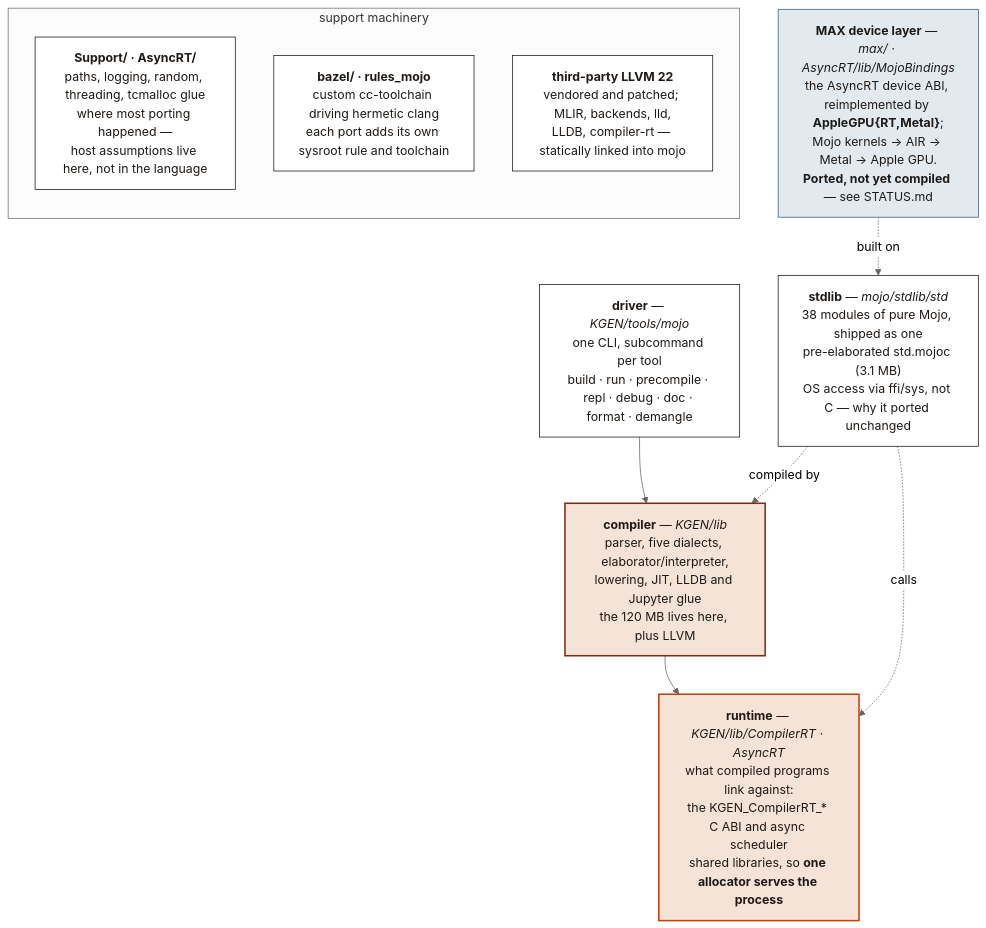
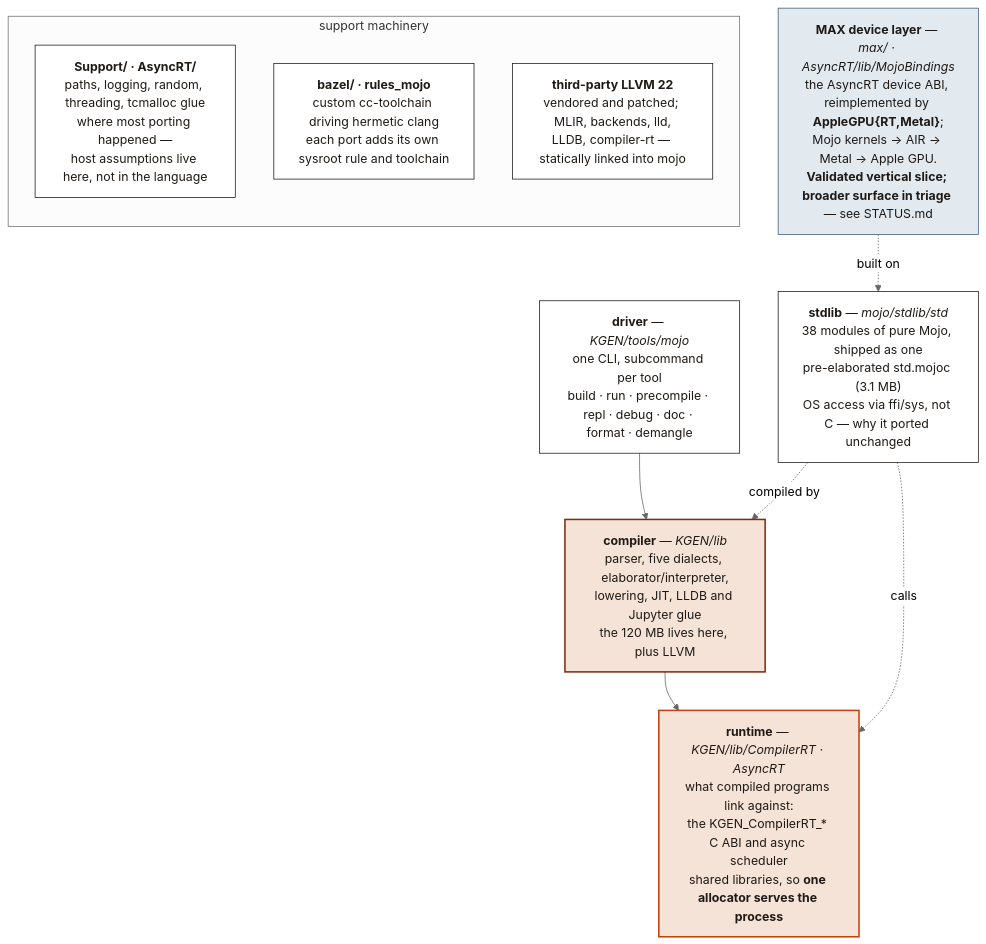
Before and after one commit to albanread/MojoCocoa: the second of 2 diagrams in README.md, drawn with Mermaid (neutral theme). The commit also changed other lines of this file and 8 other files, not shown here.

````diff
--- a/README.md
+++ b/README.md
@@ -313,30 +316,30 @@
 ```mermaid
 flowchart TB
     D["<b>driver</b> — <i>KGEN/tools/mojo</i><br/>one CLI, subcommand per tool<br/>build · run · precompile · repl · debug · doc · format · demangle"]
     C["<b>compiler</b> — <i>KGEN/lib</i><br/>parser, five dialects, elaborator/interpreter,<br/>lowering, JIT, LLDB and Jupyter glue<br/>the 120 MB lives here, plus LLVM"]
     RT["<b>runtime</b> — <i>KGEN/lib/CompilerRT · AsyncRT</i><br/>what compiled programs link against:<br/>the KGEN_CompilerRT_* C ABI and async scheduler<br/>shared libraries, so <b>one allocator serves the process</b>"]
     SL["<b>stdlib</b> — <i>mojo/stdlib/std</i><br/>38 modules of pure Mojo, shipped as one<br/>pre-elaborated std.mojoc (3.1 MB)<br/>OS access via ffi/sys, not C — why it ported unchanged"]
-    MX["<b>MAX device layer</b> — <i>max/ · AsyncRT/lib/MojoBindings</i><br/>the AsyncRT device ABI, reimplemented by <b>AppleGPU{RT,Metal}</b>;<br/>Mojo kernels → AIR → Metal → Apple GPU.<br/><b>Ported, not yet compiled</b> — see STATUS.md"]
+    MX["<b>MAX device layer</b> — <i>max/ · AsyncRT/lib/MojoBindings</i><br/>the AsyncRT device ABI, reimplemented by <b>AppleGPU{RT,Metal}</b>;<br/>Mojo kernels → AIR → Metal → Apple GPU.<br/><b>Validated vertical slice; broader surface in triage</b> — see STATUS.md"]
 
     D --> C --> RT
     SL -. "compiled by" .-> C
     SL -. "calls" .-> RT
     MX -. "built on" .-> SL
 
     subgraph rail ["support machinery"]
         direction TB
         S1["<b>Support/ · AsyncRT/</b><br/>paths, logging, random, threading, tcmalloc glue<br/>where most porting happened —<br/>host assumptions live here, not in the language"]
         S2["<b>bazel/ · rules_mojo</b><br/>custom cc-toolchain driving hermetic clang<br/>each port adds its own sysroot rule and toolchain"]
         S3["<b>third-party LLVM 22</b><br/>vendored and patched; MLIR, backends, lld,<br/>LLDB, compiler-rt — statically linked into mojo"]
     end
 
     classDef magma fill:#F5E3D7,stroke:#7C2D12,stroke-width:2px,color:#1F1A16
     classDef hot fill:#F5E3D7,stroke:#C2410C,stroke-width:2px,color:#1F1A16
     classDef steel fill:#E2EAF0,stroke:#3B5F7A,color:#1F1A16
     classDef plain fill:#FFFFFF,stroke:#1F1A16,color:#1F1A16
     class C magma
     class RT hot
     class MX steel
     class D,SL plain
     class S1,S2,S3 plain
 ```
````
